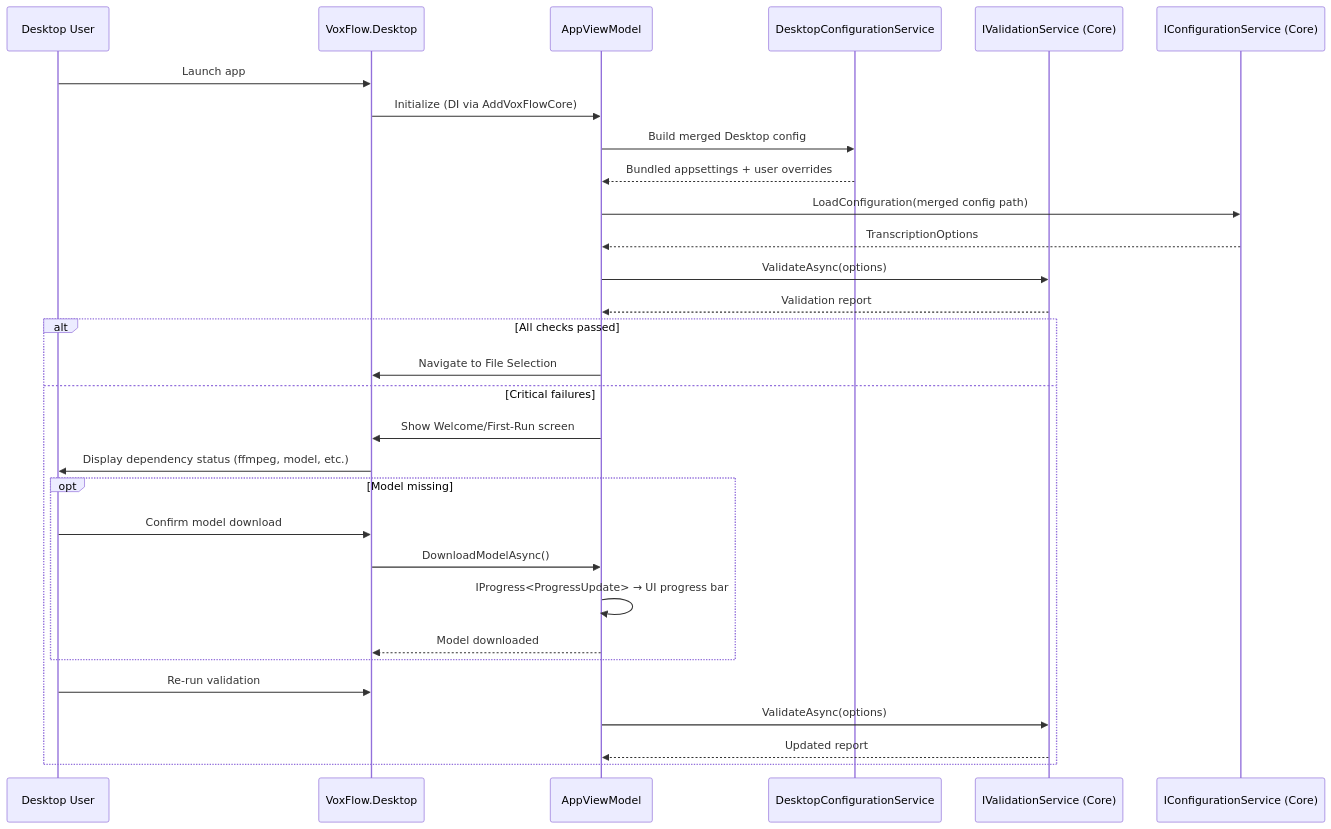
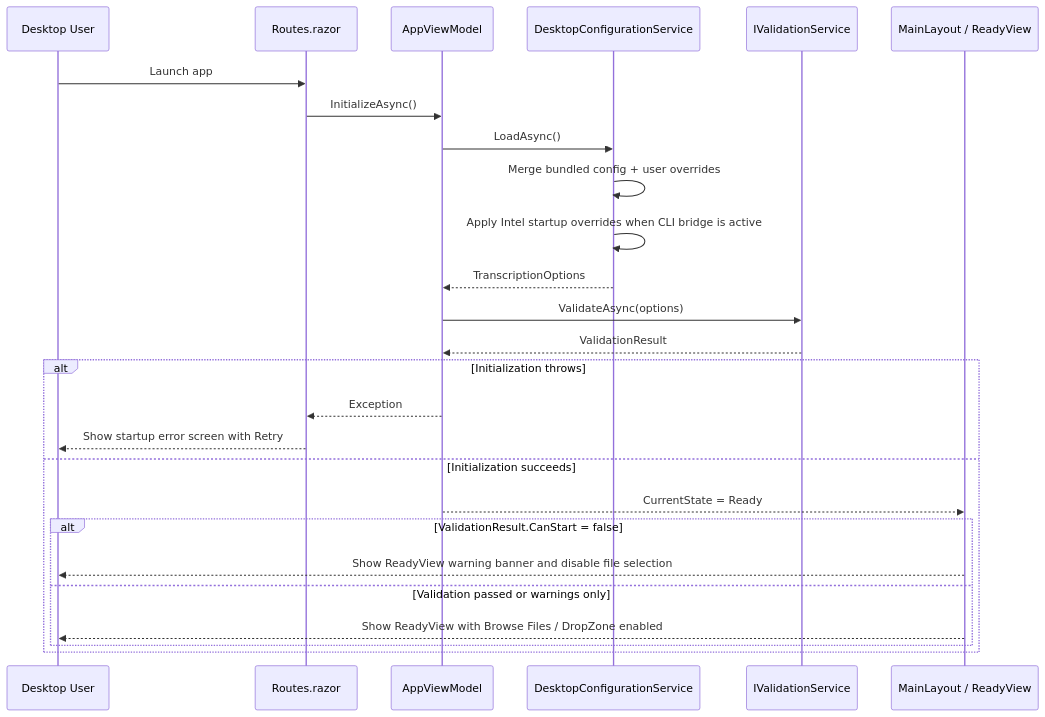
The fifth of 6 diagrams in docs/architecture/04-runtime-sequences.md (artemsemdev/VoxFlow), drawn with Mermaid before and after one commit. The commit also changed other lines of this file and 12 other files, not shown here.

First line of the commit message:
refactor: simplify VoxFlow Desktop UI by removing NotReady state, settings panel, and status bar

````diff
--- a/docs/architecture/04-runtime-sequences.md
+++ b/docs/architecture/04-runtime-sequences.md
@@ -196,39 +139,31 @@
 ```mermaid
 sequenceDiagram
     participant User as Desktop User
-    participant Desktop as VoxFlow.Desktop
+    participant Routes as Routes.razor
     participant VM as AppViewModel
-    participant DesktopConfig as DesktopConfigurationService
-    participant IValidation as IValidationService (Core)
-    participant IConfig as IConfigurationService (Core)
+    participant Config as DesktopConfigurationService
+    participant IValidation as IValidationService
+    participant Layout as MainLayout / ReadyView
 
-    User->>Desktop: Launch app
-    Desktop->>VM: Initialize (DI via AddVoxFlowCore)
-
-    VM->>DesktopConfig: Build merged Desktop config
-    DesktopConfig-->>VM: Bundled appsettings + user overrides
-
-    VM->>IConfig: LoadConfiguration(merged config path)
-    IConfig-->>VM: TranscriptionOptions
+    User->>Routes: Launch app
+    Routes->>VM: InitializeAsync()
+    VM->>Config: LoadAsync()
+    Config->>Config: Merge bundled config + user overrides
+    Config->>Config: Apply Intel startup overrides when CLI bridge is active
+    Config-->>VM: TranscriptionOptions
 
     VM->>IValidation: ValidateAsync(options)
-    IValidation-->>VM: Validation report
+    IValidation-->>VM: ValidationResult
 
-    alt All checks passed
-        VM->>Desktop: Navigate to File Selection
-    else Critical failures
-        VM->>Desktop: Show Welcome/First-Run screen
-        Desktop->>User: Display dependency status (ffmpeg, model, etc.)
-
-        opt Model missing
-            User->>Desktop: Confirm model download
-            Desktop->>VM: DownloadModelAsync()
-            VM->>VM: IProgress<ProgressUpdate> → UI progress bar
-            VM-->>Desktop: Model downloaded
+    alt Initialization throws
+        VM-->>Routes: Exception
+        Routes-->>User: Show startup error screen with Retry
+    else Initialization succeeds
+        VM-->>Layout: CurrentState = Ready
+        alt ValidationResult.CanStart = false
+            Layout-->>User: Show ReadyView warning banner and disable file selection
+        else Validation passed or warnings only
+            Layout-->>User: Show ReadyView with Browse Files / DropZone enabled
         end
-
-        User->>Desktop: Re-run validation
-        VM->>IValidation: ValidateAsync(options)
-        IValidation-->>VM: Updated report
     end
 ```
````
